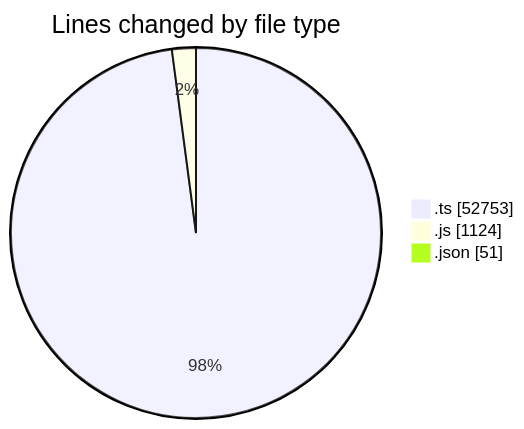
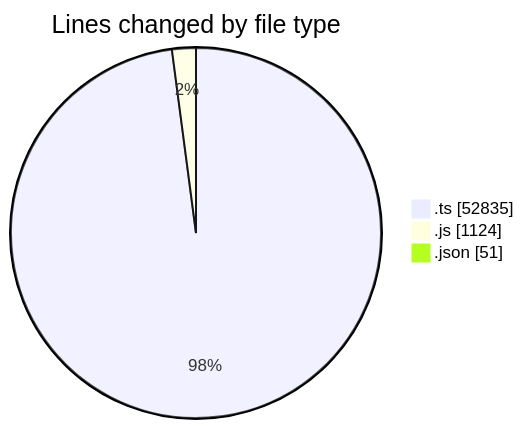
One commit to momahboobian/code-tracking changed the first of 2 diagrams in 2026-10-23/cda/README.md. Above: the diagram before and after it, drawn with Mermaid. The commit also changed other lines of this file and 1 other file, not shown here.

````diff
--- a/2026-10-23/cda/README.md
+++ b/2026-10-23/cda/README.md
@@ -35,7 +36,7 @@
 ```mermaid
 pie showData
 title Lines changed by file type
-".ts" : 52753
+".ts" : 52835
 ".js" : 1124
 ".json" : 51
 ```
````
